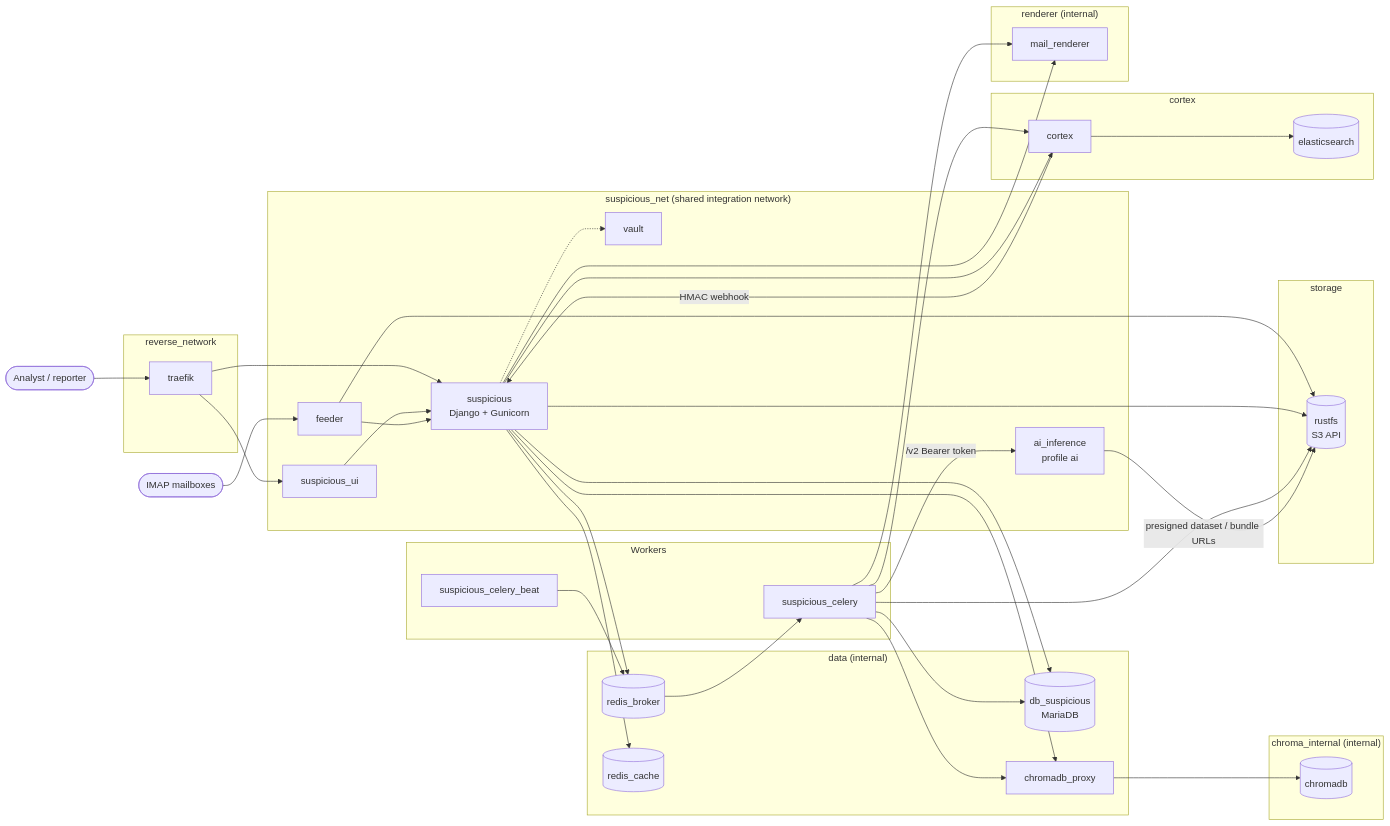
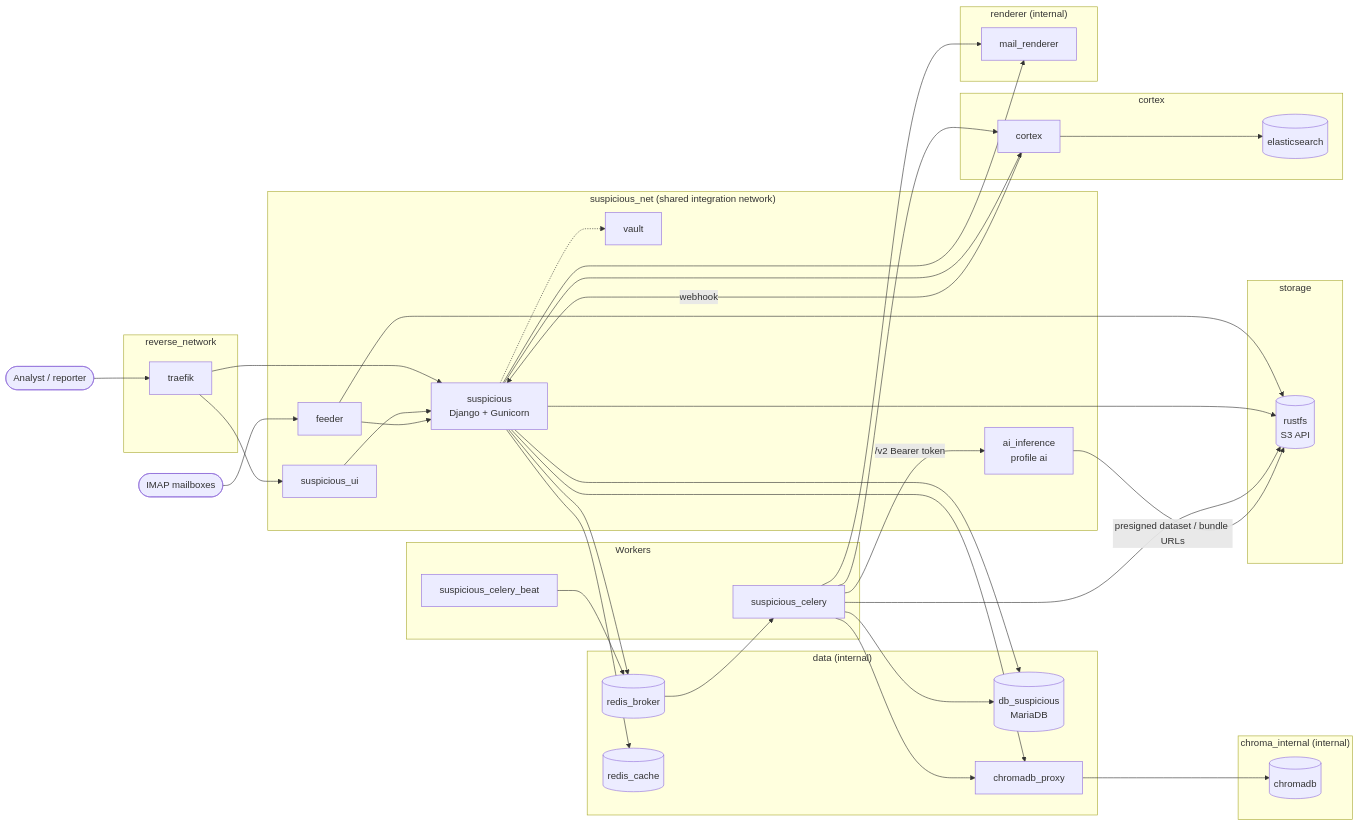
One commit to thalesgroup-cert/suspicious changed the first of 3 diagrams in docs/architecture.md. Above: the diagram before and after it, drawn with Mermaid. The commit also changed other lines of this file and 40 other files, not shown here.

````diff
--- a/docs/architecture.md
+++ b/docs/architecture.md
@@ -12,72 +12,72 @@
 ```mermaid
 flowchart LR
     user([Analyst / reporter])
     imap([IMAP mailboxes])
 
     subgraph reverse["reverse_network"]
         traefik[traefik]
     end
 
     subgraph snet["suspicious_net (shared integration network)"]
         ui[suspicious_ui]
         api[suspicious<br/>Django + Gunicorn]
         feeder[feeder]
         ai[ai_inference<br/>profile ai]
         vault[vault]
     end
 
     subgraph workers["Workers"]
         celery[suspicious_celery]
         beat[suspicious_celery_beat]
     end
 
     subgraph data["data (internal)"]
         db[(db_suspicious<br/>MariaDB)]
         rb[(redis_broker)]
         rc[(redis_cache)]
         cproxy[chromadb_proxy]
     end
 
     subgraph chromanet["chroma_internal (internal)"]
         chroma[(chromadb)]
     end
 
     subgraph storage["storage"]
         rustfs[(rustfs<br/>S3 API)]
     end
 
     subgraph cortexnet["cortex"]
         cortex[cortex]
         es[(elasticsearch)]
     end
 
     subgraph renderer["renderer (internal)"]
         mr[mail_renderer]
     end
 
     user --> traefik --> ui
     traefik --> api
     ui --> api
     imap --> feeder
     feeder --> api
     feeder --> rustfs
     api --> db
     api --> rc
     api --> rb
     api --> cproxy --> chroma
     api --> rustfs
     api --> cortex
     api --> mr
     cortex --> es
-    cortex -- "HMAC webhook" --> api
+    cortex -- "webhook" --> api
     beat --> rb
     rb --> celery
     celery --> db
     celery --> cproxy
     celery --> rustfs
     celery --> cortex
     celery --> mr
     celery -- "/v2 Bearer token" --> ai
     ai -- "presigned dataset / bundle URLs" --> rustfs
     api -.-> vault
 ```
````
